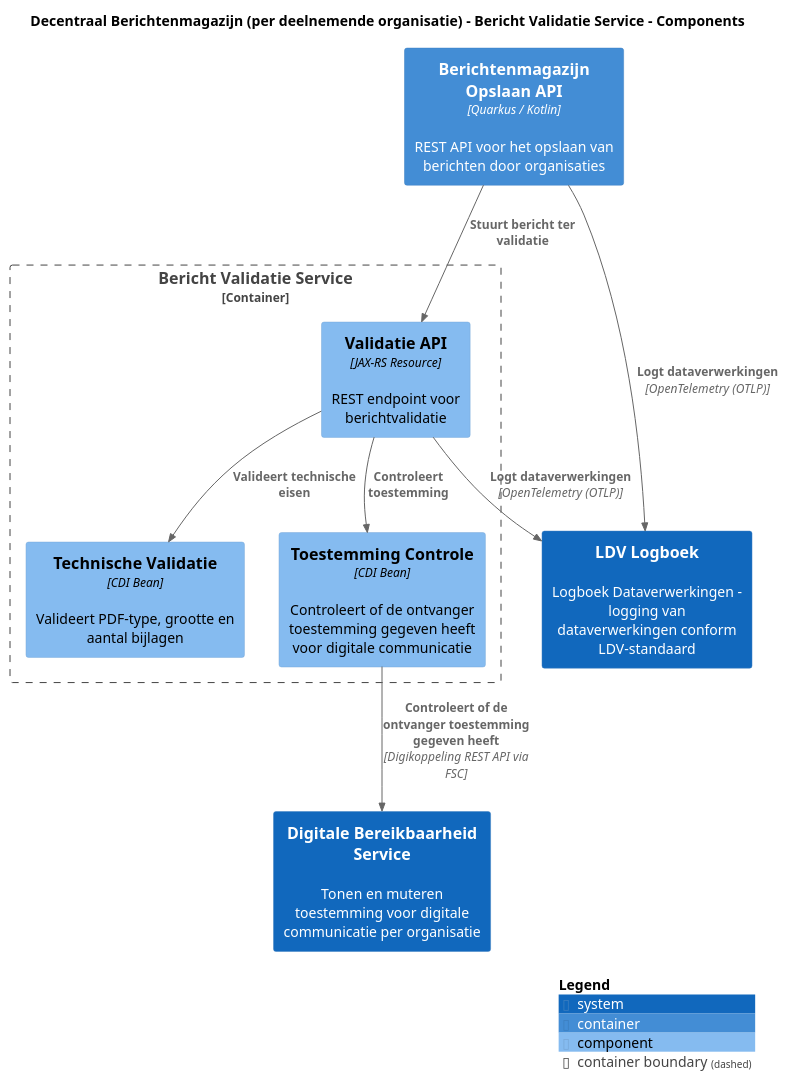
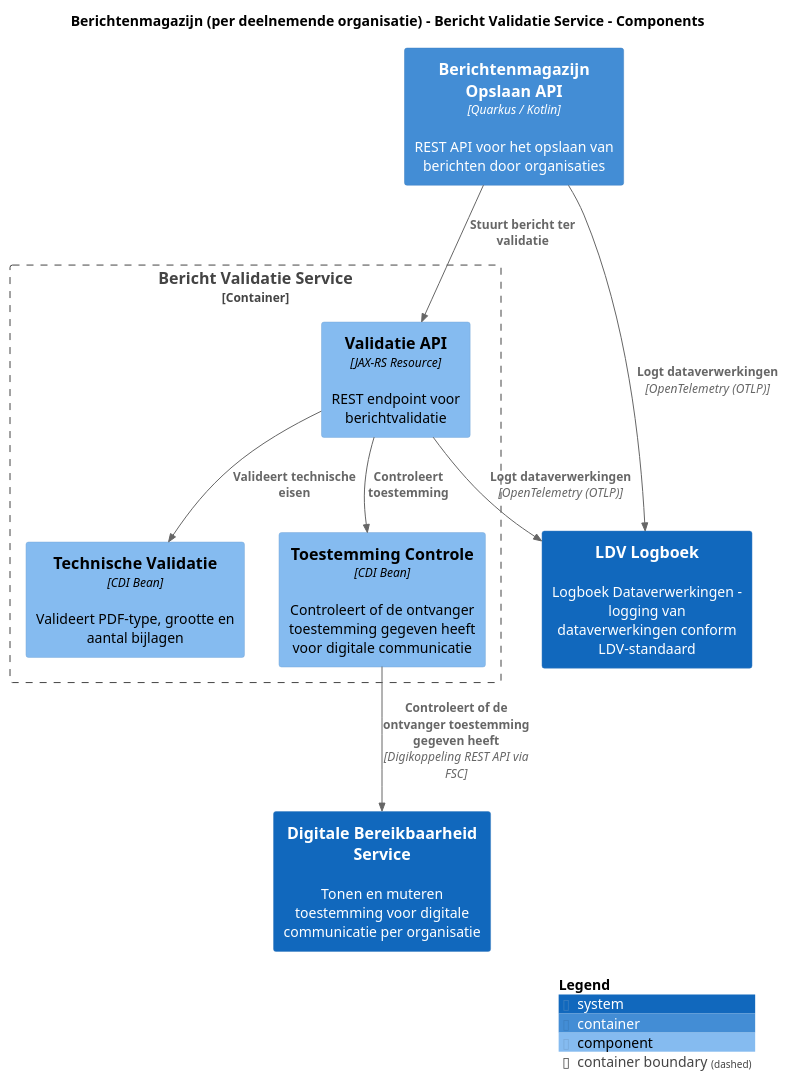
Before and after one commit to MinBZK/moza-poc-fbs-berichtenbox: the diagram in pr-preview/pr-16/master/puml/BerichtValidatieComponenten.puml, drawn with PlantUML. The commit also changed 122 other files, not shown here.

```diff
--- a/pr-preview/pr-16/master/puml/BerichtValidatieComponenten.puml
+++ b/pr-preview/pr-16/master/puml/BerichtValidatieComponenten.puml
@@ -1,30 +1,30 @@
 @startuml
 set separator none
-title Decentraal Berichtenmagazijn (per deelnemende organisatie) - Bericht Validatie Service - Components
+title Berichtenmagazijn (per deelnemende organisatie) - Bericht Validatie Service - Components
 
 top to bottom direction
 
 !include <C4/C4>
 !include <C4/C4_Context>
 !include <C4/C4_Container>
 !include <C4/C4_Component>
 
 System(DigitaleBereikbaarheidService, "Digitale Bereikbaarheid Service", $descr="Tonen en muteren toestemming voor digitale communicatie per organisatie", $tags="", $link="")
-Container(DecentraalBerichtenmagazijnperdeelnemendeorganisatie.BerichtenmagazijnOpslaanAPI, "Berichtenmagazijn Opslaan API", $techn="Quarkus / Kotlin", $descr="REST API voor het opslaan van berichten door organisaties", $tags="", $link="")
+Container(Berichtenmagazijnperdeelnemendeorganisatie.BerichtenmagazijnOpslaanAPI, "Berichtenmagazijn Opslaan API", $techn="Quarkus / Kotlin", $descr="REST API voor het opslaan van berichten door organisaties", $tags="", $link="")
 System(LDVLogboek, "LDV Logboek", $descr="Logboek Dataverwerkingen - logging van dataverwerkingen conform LDV-standaard", $tags="", $link="")
 
-Container_Boundary("DecentraalBerichtenmagazijnperdeelnemendeorganisatie.BerichtValidatieService_boundary", "Bericht Validatie Service", $tags="") {
-  Component(DecentraalBerichtenmagazijnperdeelnemendeorganisatie.BerichtValidatieService.ValidatieAPI, "Validatie API", $techn="JAX-RS Resource", $descr="REST endpoint voor berichtvalidatie", $tags="", $link="")
-  Component(DecentraalBerichtenmagazijnperdeelnemendeorganisatie.BerichtValidatieService.TechnischeValidatie, "Technische Validatie", $techn="CDI Bean", $descr="Valideert PDF-type, grootte en aantal bijlagen", $tags="", $link="")
-  Component(DecentraalBerichtenmagazijnperdeelnemendeorganisatie.BerichtValidatieService.ToestemmingControle, "Toestemming Controle", $techn="CDI Bean", $descr="Controleert of de ontvanger toestemming gegeven heeft voor digitale communicatie", $tags="", $link="")
+Container_Boundary("Berichtenmagazijnperdeelnemendeorganisatie.BerichtValidatieService_boundary", "Bericht Validatie Service", $tags="") {
+  Component(Berichtenmagazijnperdeelnemendeorganisatie.BerichtValidatieService.ValidatieAPI, "Validatie API", $techn="JAX-RS Resource", $descr="REST endpoint voor berichtvalidatie", $tags="", $link="")
+  Component(Berichtenmagazijnperdeelnemendeorganisatie.BerichtValidatieService.TechnischeValidatie, "Technische Validatie", $techn="CDI Bean", $descr="Valideert PDF-type, grootte en aantal bijlagen", $tags="", $link="")
+  Component(Berichtenmagazijnperdeelnemendeorganisatie.BerichtValidatieService.ToestemmingControle, "Toestemming Controle", $techn="CDI Bean", $descr="Controleert of de ontvanger toestemming gegeven heeft voor digitale communicatie", $tags="", $link="")
 }
 
-Rel(DecentraalBerichtenmagazijnperdeelnemendeorganisatie.BerichtenmagazijnOpslaanAPI, LDVLogboek, "Logt dataverwerkingen", $techn="OpenTelemetry (OTLP)", $tags="", $link="")
-Rel(DecentraalBerichtenmagazijnperdeelnemendeorganisatie.BerichtValidatieService.ValidatieAPI, LDVLogboek, "Logt dataverwerkingen", $techn="OpenTelemetry (OTLP)", $tags="", $link="")
-Rel(DecentraalBerichtenmagazijnperdeelnemendeorganisatie.BerichtValidatieService.ValidatieAPI, DecentraalBerichtenmagazijnperdeelnemendeorganisatie.BerichtValidatieService.TechnischeValidatie, "Valideert technische eisen", $techn="", $tags="", $link="")
-Rel(DecentraalBerichtenmagazijnperdeelnemendeorganisatie.BerichtValidatieService.ValidatieAPI, DecentraalBerichtenmagazijnperdeelnemendeorganisatie.BerichtValidatieService.ToestemmingControle, "Controleert toestemming", $techn="", $tags="", $link="")
-Rel(DecentraalBerichtenmagazijnperdeelnemendeorganisatie.BerichtenmagazijnOpslaanAPI, DecentraalBerichtenmagazijnperdeelnemendeorganisatie.BerichtValidatieService.ValidatieAPI, "Stuurt bericht ter validatie", $techn="", $tags="", $link="")
-Rel(DecentraalBerichtenmagazijnperdeelnemendeorganisatie.BerichtValidatieService.ToestemmingControle, DigitaleBereikbaarheidService, "Controleert of de ontvanger toestemming gegeven heeft", $techn="Digikoppeling REST API via FSC", $tags="", $link="")
+Rel(Berichtenmagazijnperdeelnemendeorganisatie.BerichtValidatieService.ValidatieAPI, LDVLogboek, "Logt dataverwerkingen", $techn="OpenTelemetry (OTLP)", $tags="", $link="")
+Rel(Berichtenmagazijnperdeelnemendeorganisatie.BerichtValidatieService.ValidatieAPI, Berichtenmagazijnperdeelnemendeorganisatie.BerichtValidatieService.TechnischeValidatie, "Valideert technische eisen", $techn="", $tags="", $link="")
+Rel(Berichtenmagazijnperdeelnemendeorganisatie.BerichtValidatieService.ValidatieAPI, Berichtenmagazijnperdeelnemendeorganisatie.BerichtValidatieService.ToestemmingControle, "Controleert toestemming", $techn="", $tags="", $link="")
+Rel(Berichtenmagazijnperdeelnemendeorganisatie.BerichtenmagazijnOpslaanAPI, Berichtenmagazijnperdeelnemendeorganisatie.BerichtValidatieService.ValidatieAPI, "Stuurt bericht ter validatie", $techn="", $tags="", $link="")
+Rel(Berichtenmagazijnperdeelnemendeorganisatie.BerichtValidatieService.ToestemmingControle, DigitaleBereikbaarheidService, "Controleert of de ontvanger toestemming gegeven heeft", $techn="Digikoppeling REST API via FSC", $tags="", $link="")
+Rel(Berichtenmagazijnperdeelnemendeorganisatie.BerichtenmagazijnOpslaanAPI, LDVLogboek, "Logt dataverwerkingen", $techn="OpenTelemetry (OTLP)", $tags="", $link="")
 
 SHOW_LEGEND(true)
 @enduml
```
